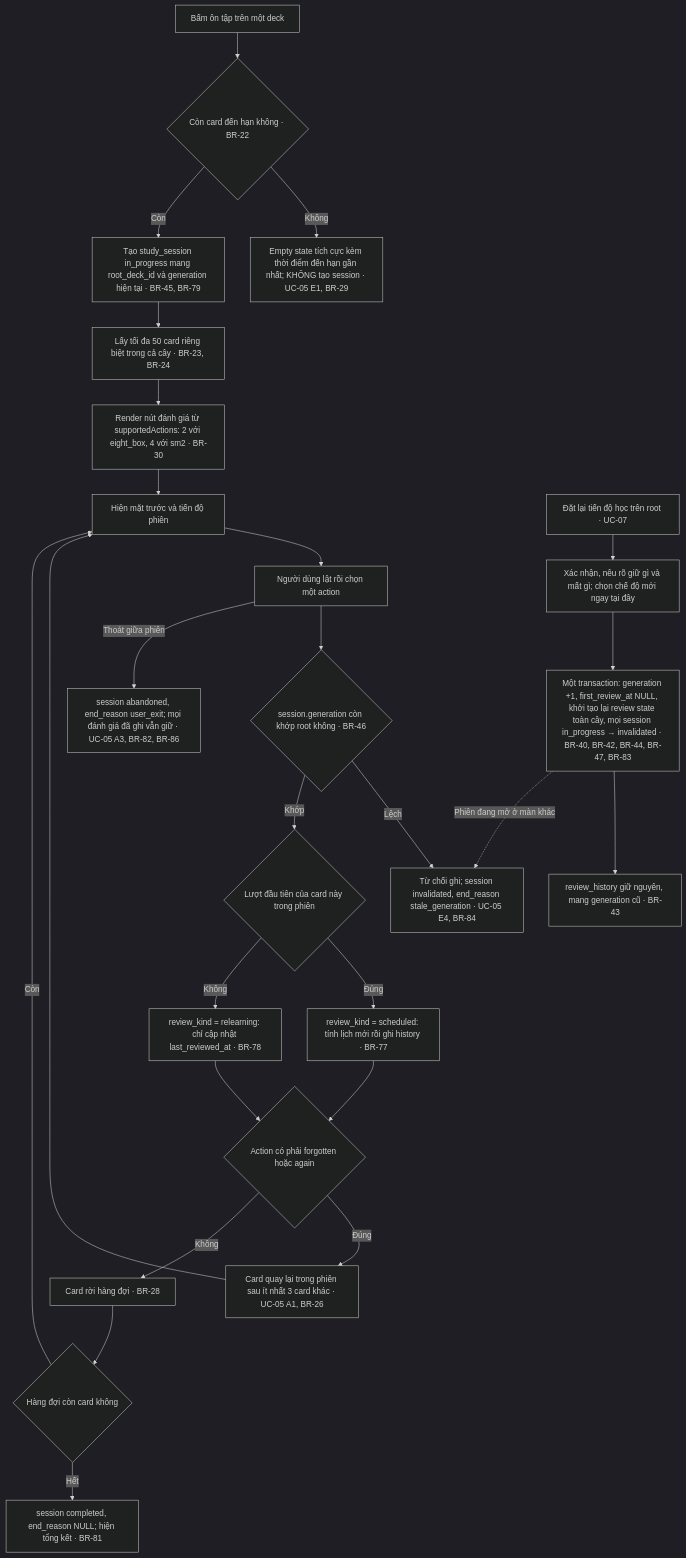
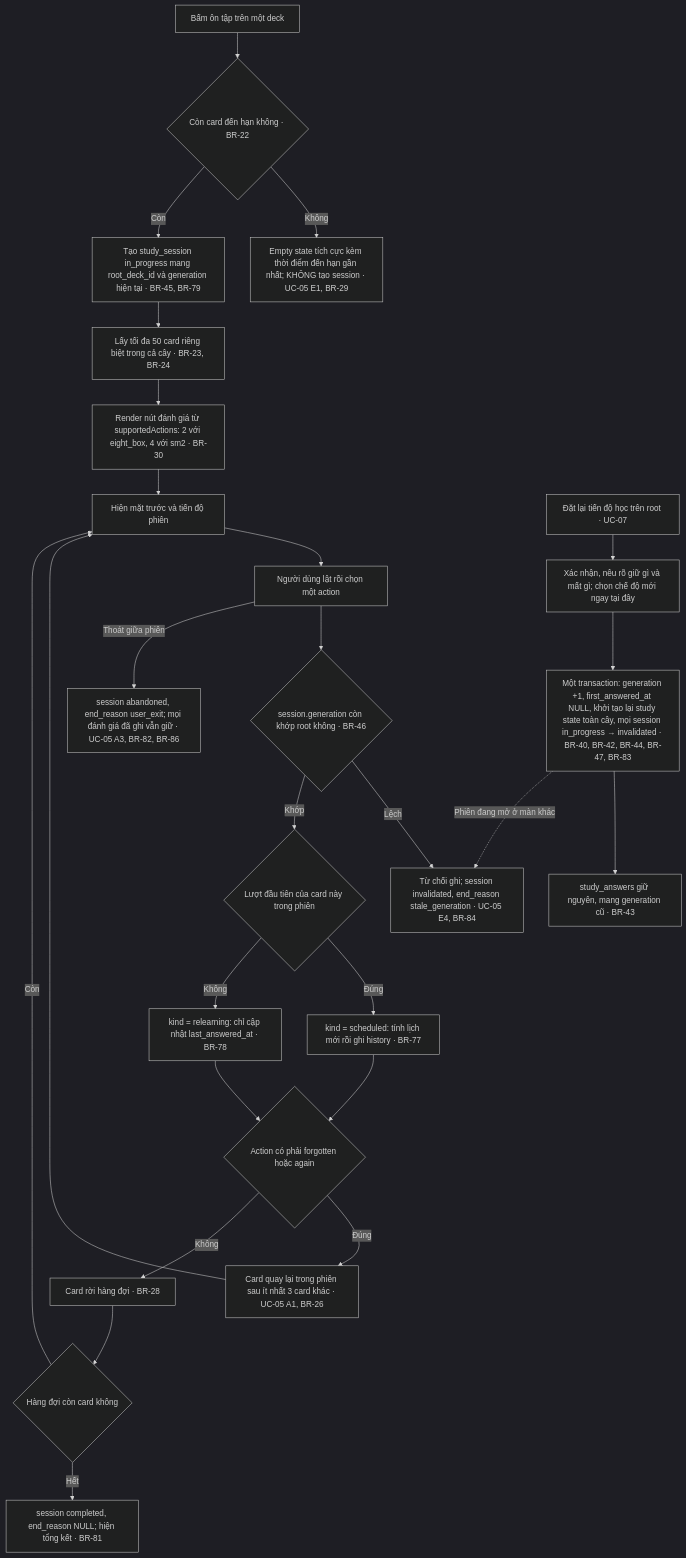
The fourth of 4 diagrams in docs/master-flow.md (ntgptit/memox-v7), drawn with Mermaid (dark theme) before and after one commit. The commit also changed other lines of this file and 9 other files, not shown here.

````diff
--- a/docs/master-flow.md
+++ b/docs/master-flow.md
@@ -165,32 +165,32 @@
 ```mermaid
 flowchart TD
     A["Bấm ôn tập trên một deck"] --> B{"Còn card đến hạn không · BR-22"}
     B -->|"Không"| B1["Empty state tích cực kèm thời điểm đến hạn gần nhất; KHÔNG tạo session · UC-05 E1, BR-29"]
     B -->|"Còn"| C["Tạo study_session in_progress mang root_deck_id và generation hiện tại · BR-45, BR-79"]
     C --> D["Lấy tối đa 50 card riêng biệt trong cả cây · BR-23, BR-24"]
     D --> E["Render nút đánh giá từ supportedActions: 2 với eight_box, 4 với sm2 · BR-30"]
     E --> F["Hiện mặt trước và tiến độ phiên"]
     F --> G["Người dùng lật rồi chọn một action"]
 
     G --> H{"session.generation còn khớp root không · BR-46"}
     H -->|"Lệch"| H1["Từ chối ghi; session invalidated, end_reason stale_generation · UC-05 E4, BR-84"]
     H -->|"Khớp"| I{"Lượt đầu tiên của card này trong phiên"}
-    I -->|"Đúng"| J["review_kind = scheduled: tính lịch mới rồi ghi history · BR-77"]
-    I -->|"Không"| K["review_kind = relearning: chỉ cập nhật last_reviewed_at · BR-78"]
+    I -->|"Đúng"| J["kind = scheduled: tính lịch mới rồi ghi history · BR-77"]
+    I -->|"Không"| K["kind = relearning: chỉ cập nhật last_answered_at · BR-78"]
 
     J --> L{"Action có phải forgotten hoặc again"}
     K --> L
     L -->|"Đúng"| M["Card quay lại trong phiên sau ít nhất 3 card khác · UC-05 A1, BR-26"]
     L -->|"Không"| N["Card rời hàng đợi · BR-28"]
     M --> F
     N --> O{"Hàng đợi còn card không"}
     O -->|"Còn"| F
     O -->|"Hết"| P["session completed, end_reason NULL; hiện tổng kết · BR-81"]
 
     G -->|"Thoát giữa phiên"| Q["session abandoned, end_reason user_exit; mọi đánh giá đã ghi vẫn giữ · UC-05 A3, BR-82, BR-86"]
 
     R["Đặt lại tiến độ học trên root · UC-07"] --> S["Xác nhận, nêu rõ giữ gì và mất gì; chọn chế độ mới ngay tại đây"]
-    S --> T["Một transaction: generation +1, first_review_at NULL, khởi tạo lại review state toàn cây, mọi session in_progress → invalidated · BR-40, BR-42, BR-44, BR-47, BR-83"]
-    T --> U["review_history giữ nguyên, mang generation cũ · BR-43"]
+    S --> T["Một transaction: generation +1, first_answered_at NULL, khởi tạo lại study state toàn cây, mọi session in_progress → invalidated · BR-40, BR-42, BR-44, BR-47, BR-83"]
+    T --> U["study_answers giữ nguyên, mang generation cũ · BR-43"]
     T -.->|"Phiên đang mở ở màn khác"| H1
 ```
````
